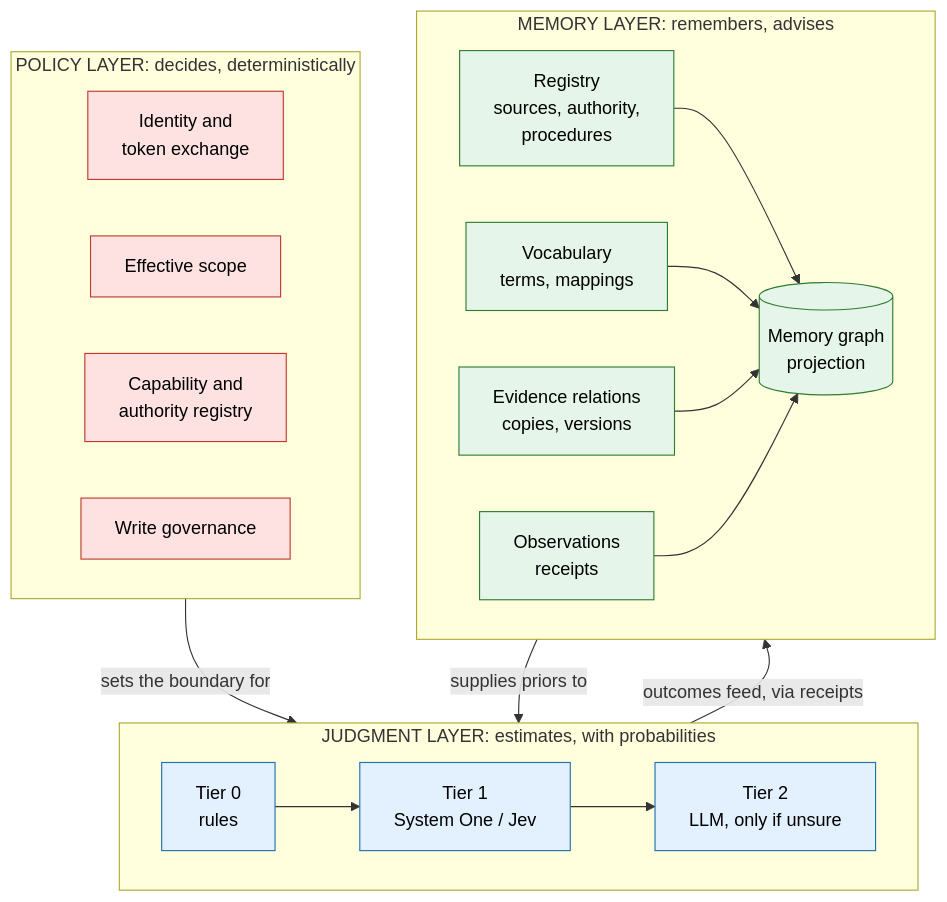
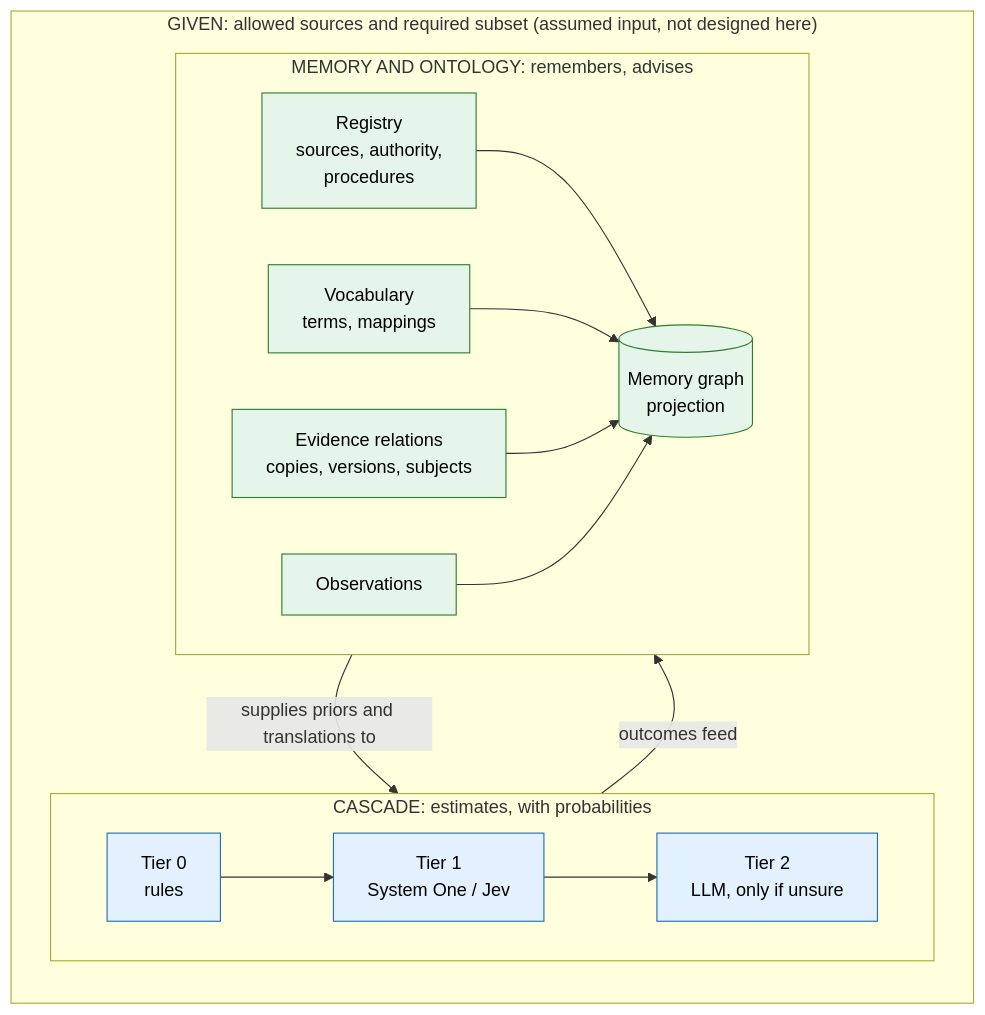
One commit to arunmenon/sanctum changed the fourth of 11 diagrams in design/intelligence-layer/hld.md. Above: the diagram before and after it, drawn with Mermaid. The commit also changed other lines of this file and 7 other files, not shown here.

Commit message:
HLD v5.3: routing intelligence only; policy as an assumed input; four-stage journey

````diff
--- a/design/intelligence-layer/hld.md
+++ b/design/intelligence-layer/hld.md
@@ -184,39 +190,32 @@
 ```mermaid
 flowchart TB
-    subgraph L1["POLICY LAYER: decides, deterministically"]
-        direction LR
-        P1["Identity and<br/>token exchange"]
-        P2["Effective scope"]
-        P3["Capability and<br/>authority registry"]
-        P4["Write governance"]
+    subgraph GIVEN["GIVEN: allowed sources and required subset (assumed input, not designed here)"]
+        direction TB
+        subgraph L2["CASCADE: estimates, with probabilities"]
+            direction LR
+            J1["Tier 0<br/>rules"]
+            J2["Tier 1<br/>System One / Jev"]
+            J3["Tier 2<br/>LLM, only if unsure"]
+            J1 --> J2 --> J3
+        end
+        subgraph L3["MEMORY AND ONTOLOGY: remembers, advises"]
+            direction LR
+            M1["Registry<br/>sources, authority,<br/>procedures"]
+            M5["Vocabulary<br/>terms, mappings"]
+            M3["Evidence relations<br/>copies, versions, subjects"]
+            M2["Observations"]
+            M4[("Memory graph<br/>projection")]
+            M1 --> M4
+            M5 --> M4
+            M3 --> M4
+            M2 --> M4
+        end
+        L3 -- "supplies priors and translations to" --> L2
+        L2 -- "outcomes feed" --> L3
     end
-    subgraph L2["JUDGMENT LAYER: estimates, with probabilities"]
-        direction LR
-        J1["Tier 0<br/>rules"]
-        J2["Tier 1<br/>System One / Jev"]
-        J3["Tier 2<br/>LLM, only if unsure"]
-        J1 --> J2 --> J3
-    end
-    subgraph L3["MEMORY LAYER: remembers, advises"]
-        direction LR
-        M1["Registry<br/>sources, authority,<br/>procedures"]
-        M5["Vocabulary<br/>terms, mappings"]
-        M3["Evidence relations<br/>copies, versions"]
-        M2["Observations<br/>receipts"]
-        M4[("Memory graph<br/>projection")]
-        M1 --> M4
-        M5 --> M4
-        M3 --> M4
-        M2 --> M4
-    end
-    L1 -- "sets the boundary for" --> L2
-    L3 -- "supplies priors to" --> L2
-    L2 -- "outcomes feed, via receipts" --> L3
 
-    classDef policy fill:#fde2e1,stroke:#c0392b,color:#000
     classDef judge fill:#e3f0fd,stroke:#1f6fb2,color:#000
     classDef mem fill:#e6f5e9,stroke:#2e7d32,color:#000
-    class P1,P2,P3,P4 policy
     class J1,J2,J3 judge
     class M1,M2,M3,M4,M5 mem
 ```
````
